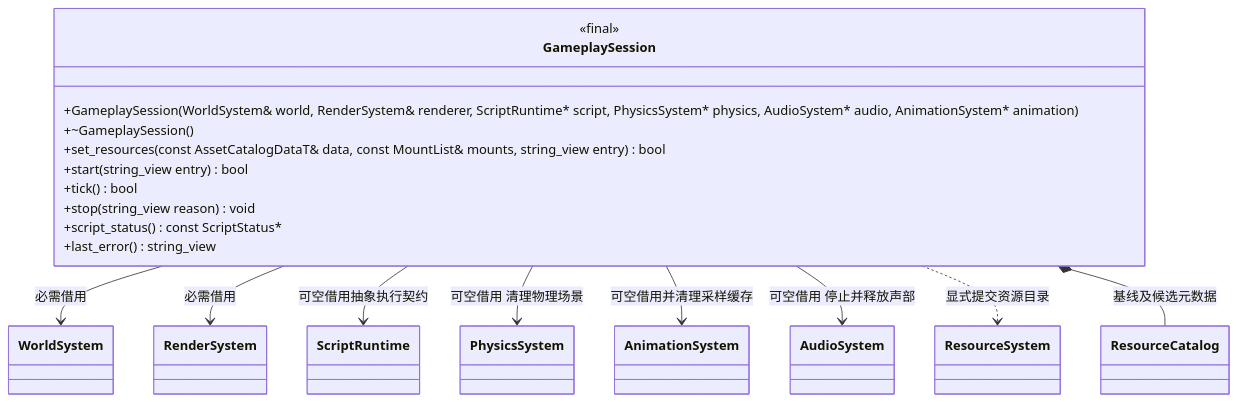
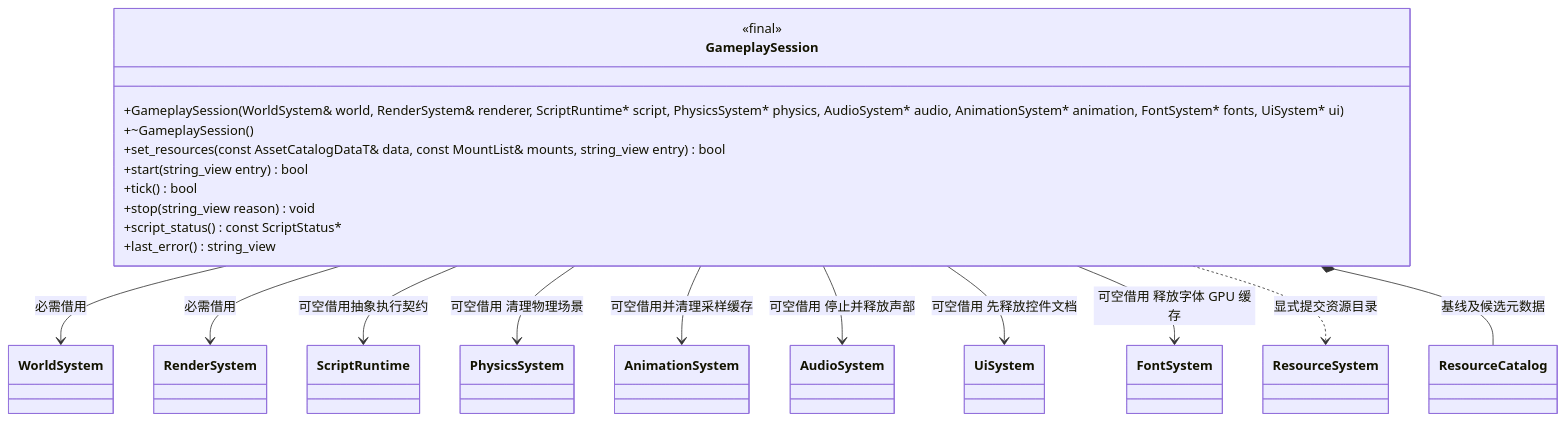
The first of 2 diagrams in docs/runtime/class-diagrams/gameplay-session.md (lcals/Engine), drawn with Mermaid before and after one commit. The commit also changed 115 other files, not shown here.

````diff
--- a/docs/runtime/class-diagrams/gameplay-session.md
+++ b/docs/runtime/class-diagrams/gameplay-session.md
@@ -5,30 +5,32 @@
 ```mermaid
 classDiagram
     class GameplaySession {
         <<final>>
-        +GameplaySession(WorldSystem& world, RenderSystem& renderer, ScriptRuntime#42; script, PhysicsSystem#42; physics, AudioSystem#42; audio, AnimationSystem#42; animation)
+        +GameplaySession(WorldSystem& world, RenderSystem& renderer, ScriptRuntime#42; script, PhysicsSystem#42; physics, AudioSystem#42; audio, AnimationSystem#42; animation, FontSystem#42; fonts, UiSystem#42; ui)
         +~GameplaySession()
         +set_resources(const AssetCatalogDataT& data, const MountList& mounts, string_view entry) bool
         +start(string_view entry) bool
         +tick() bool
         +stop(string_view reason) void
         +script_status() const ScriptStatus#42;
         +last_error() string_view
     }
     class WorldSystem
     class RenderSystem
     class ScriptRuntime
     class PhysicsSystem
     class AudioSystem
     class AnimationSystem
     class ResourceSystem
     class ResourceCatalog
     GameplaySession --> WorldSystem : 必需借用
     GameplaySession --> RenderSystem : 必需借用
     GameplaySession --> ScriptRuntime : 可空借用抽象执行契约
     GameplaySession --> PhysicsSystem : 可空借用 清理物理场景
     GameplaySession --> AnimationSystem : 可空借用并清理采样缓存
     GameplaySession --> AudioSystem : 可空借用 停止并释放声部
+    GameplaySession --> UiSystem : 可空借用 先释放控件文档
+    GameplaySession --> FontSystem : 可空借用 释放字体 GPU 缓存
     GameplaySession ..> ResourceSystem : 显式提交资源目录
     GameplaySession *-- ResourceCatalog : 基线及候选元数据
 ```
````
